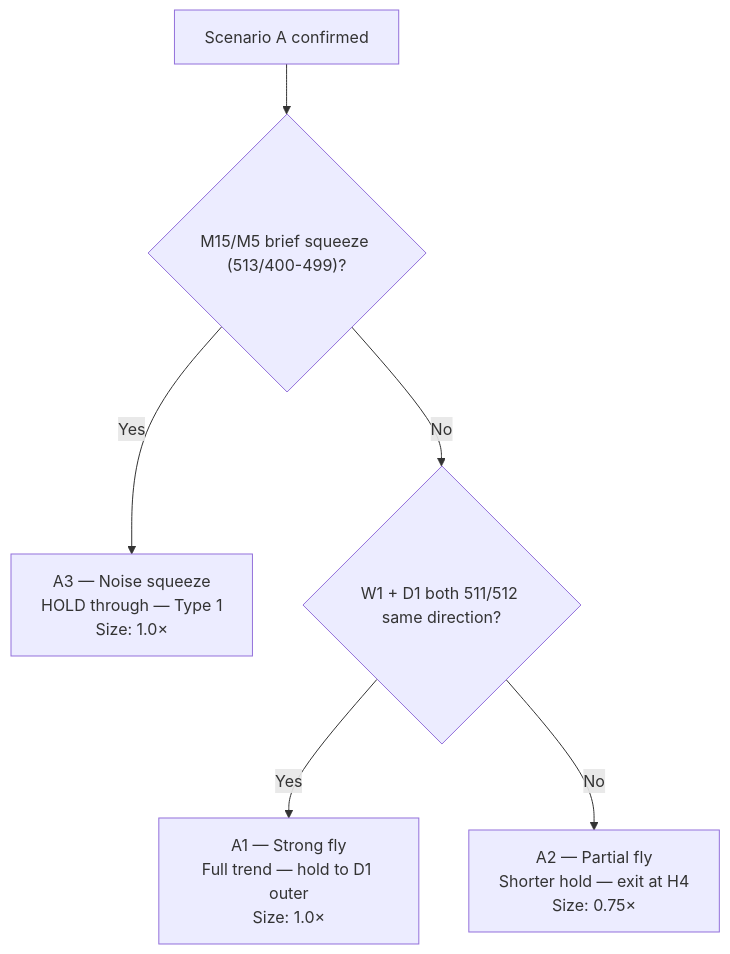
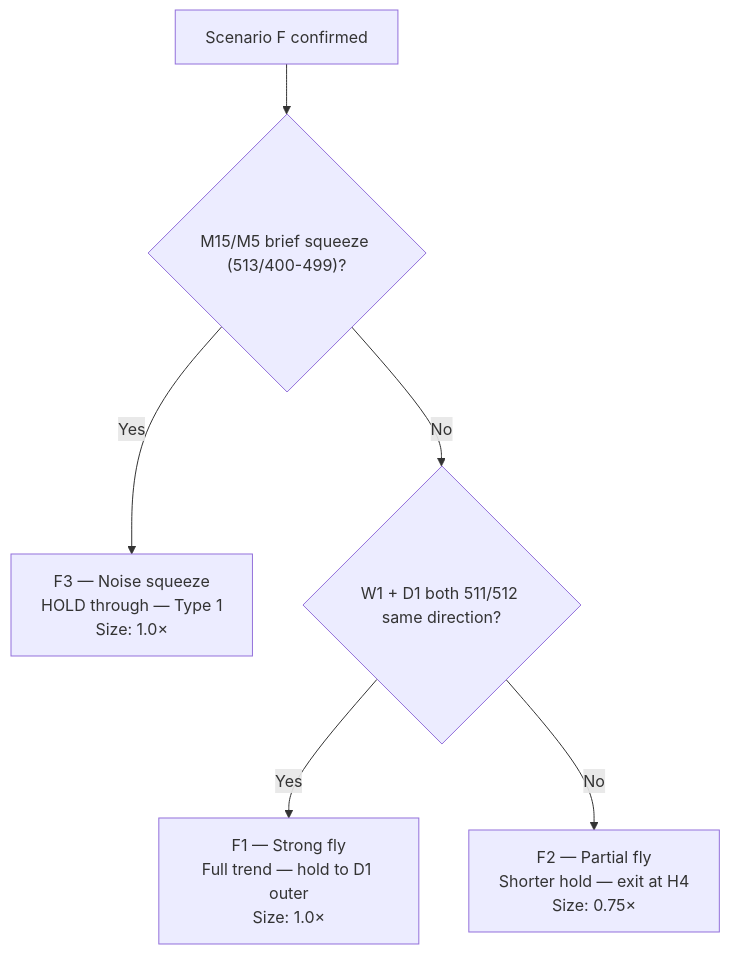
Before and after one commit to Terrypang89/BB_MTF_M15_STRATEGY: the fourth of 17 diagrams in references/backtest_chart_analysis.md, drawn with Mermaid. The commit also changed other lines of this file and 12 other files, not shown here.

````diff
--- a/references/backtest_chart_analysis.md
+++ b/references/backtest_chart_analysis.md
@@ -1596,8 +1596,8 @@
 ```mermaid
 flowchart TD
-    A["Scenario A confirmed"] --> B{"M15/M5 brief squeeze (513/400-499)?"}
-    B -->|Yes| A3s["A3 — Noise squeeze\nHOLD through — Type 1\nSize: 1.0×"]
+    A["Scenario F confirmed"] --> B{"M15/M5 brief squeeze (513/400-499)?"}
+    B -->|Yes| A3s["F3 — Noise squeeze\nHOLD through — Type 1\nSize: 1.0×"]
     B -->|No| C{"W1 + D1 both 511/512 same direction?"}
-    C -->|Yes| A1s["A1 — Strong fly\nFull trend — hold to D1 outer\nSize: 1.0×"]
-    C -->|No| A2s["A2 — Partial fly\nShorter hold — exit at H4\nSize: 0.75×"]
+    C -->|Yes| A1s["F1 — Strong fly\nFull trend — hold to D1 outer\nSize: 1.0×"]
+    C -->|No| A2s["F2 — Partial fly\nShorter hold — exit at H4\nSize: 0.75×"]
 ```
````
